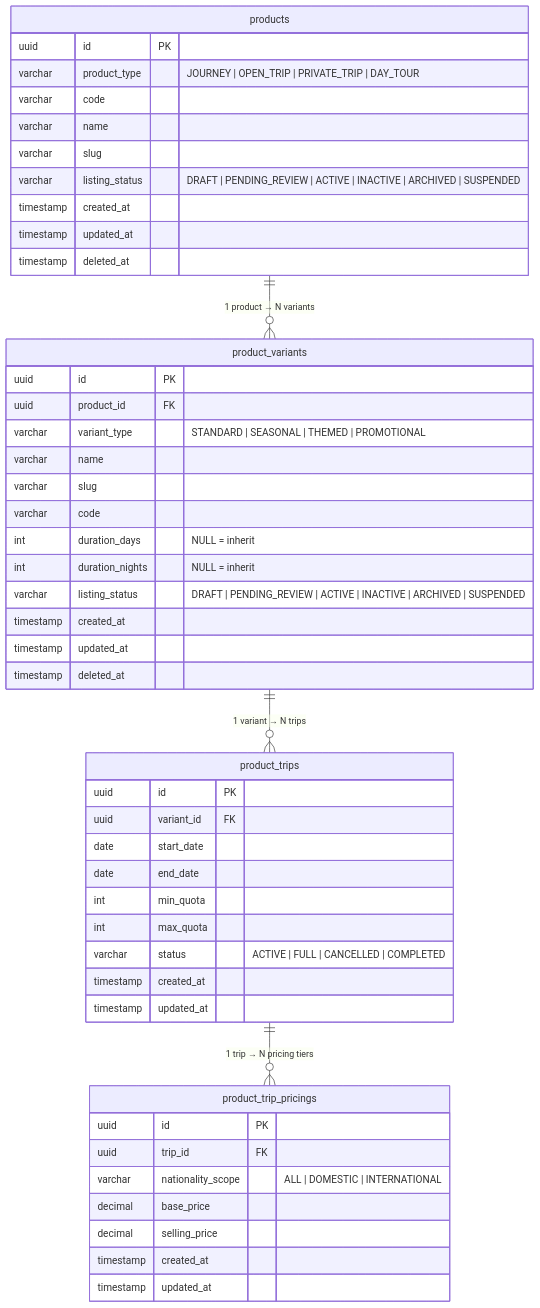
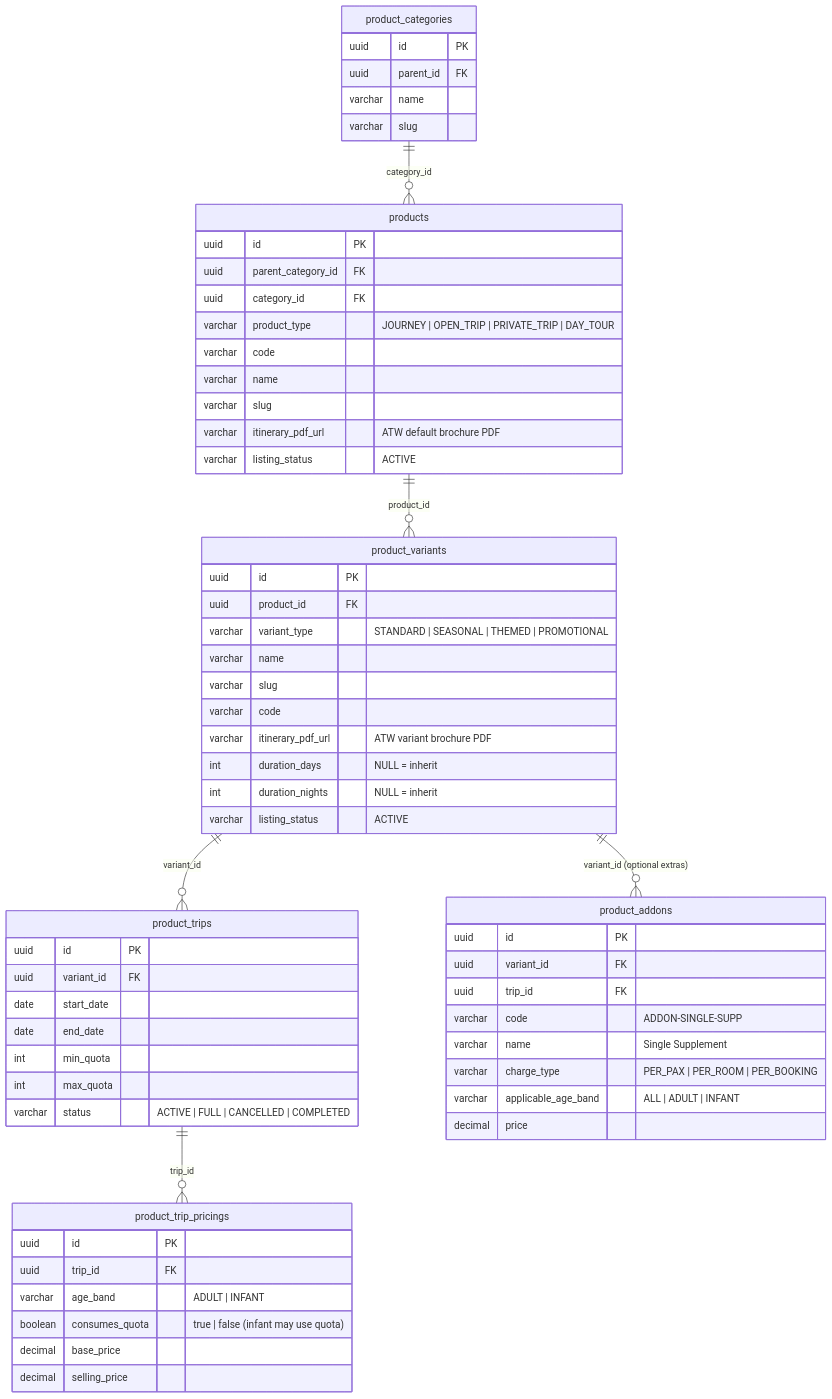
One commit to Haris-saifudin/hobiholidays-documentations changed the first of 3 diagrams in technical/product-hierarchy-technical-design.md. Above: the diagram before and after it, drawn with Mermaid. The commit also changed other lines of this file and 7 other files, not shown here.

First line of the commit message:
docs(product): introduce 2-tier categories, variant itinerary fallback, itemized pricing, and badges

````diff
--- a/technical/product-hierarchy-technical-design.md
+++ b/technical/product-hierarchy-technical-design.md
@@ -156,55 +163,70 @@
 ```mermaid
 erDiagram
+    product_categories ||--o{ products : "category_id"
+    products          ||--o{ product_variants    : "product_id"
+    product_variants  ||--o{ product_trips       : "variant_id"
+    product_trips     ||--o{ product_trip_pricings: "trip_id"
+    product_variants  ||--o{ product_addons      : "variant_id (optional extras)"
+
+    product_categories {
+        uuid      id        PK
+        uuid      parent_id FK
+        varchar   name
+        varchar   slug
+    }
+
     products {
-        uuid      id              PK
-        varchar   product_type    "JOURNEY | OPEN_TRIP | PRIVATE_TRIP | DAY_TOUR"
+        uuid      id                 PK
+        uuid      parent_category_id FK
+        uuid      category_id        FK
+        varchar   product_type       "JOURNEY | OPEN_TRIP | PRIVATE_TRIP | DAY_TOUR"
         varchar   code
         varchar   name
         varchar   slug
-        varchar   listing_status  "DRAFT | PENDING_REVIEW | ACTIVE | INACTIVE | ARCHIVED | SUSPENDED"
-        timestamp created_at
-        timestamp updated_at
-        timestamp deleted_at
+        varchar   itinerary_pdf_url  "ATW default brochure PDF"
+        varchar   listing_status     "ACTIVE"
     }
 
     product_variants {
-        uuid      id              PK
-        uuid      product_id      FK
-        varchar   variant_type    "STANDARD | SEASONAL | THEMED | PROMOTIONAL"
+        uuid      id                 PK
+        uuid      product_id         FK
+        varchar   variant_type       "STANDARD | SEASONAL | THEMED | PROMOTIONAL"
         varchar   name
         varchar   slug
         varchar   code
-        int       duration_days   "NULL = inherit"
-        int       duration_nights "NULL = inherit"
-        varchar   listing_status  "DRAFT | PENDING_REVIEW | ACTIVE | INACTIVE | ARCHIVED | SUSPENDED"
-        timestamp created_at
-        timestamp updated_at
-        timestamp deleted_at
+        varchar   itinerary_pdf_url  "ATW variant brochure PDF"
+        int       duration_days      "NULL = inherit"
+        int       duration_nights    "NULL = inherit"
+        varchar   listing_status     "ACTIVE"
     }
 
     product_trips {
         uuid      id              PK
         uuid      variant_id      FK
         date      start_date
         date      end_date
         int       min_quota
         int       max_quota
         varchar   status          "ACTIVE | FULL | CANCELLED | COMPLETED"
-        timestamp created_at
-        timestamp updated_at
     }
 
     product_trip_pricings {
-        uuid       id                   PK
-        uuid       trip_id              FK
-        varchar    nationality_scope    "ALL | DOMESTIC | INTERNATIONAL"
+        uuid       id             PK
+        uuid       trip_id        FK
+        varchar    age_band       "ADULT | INFANT"
+        boolean    consumes_quota "true | false (infant may use quota)"
         decimal    base_price
         decimal    selling_price
-        timestamp  created_at
-        timestamp  updated_at
     }
 
-    products         ||--o{ product_variants     : "1 product → N variants"
-    product_variants ||--o{ product_trips        : "1 variant → N trips"
-    product_trips    ||--o{ product_trip_pricings: "1 trip → N pricing tiers"
+    product_addons {
+        uuid       id                  PK
+        uuid       variant_id          FK
+        uuid       trip_id             FK
+        varchar    code                "ADDON-SINGLE-SUPP"
+        varchar    name                "Single Supplement"
+        varchar    charge_type         "PER_PAX | PER_ROOM | PER_BOOKING"
+        varchar    applicable_age_band "ALL | ADULT | INFANT"
+        decimal    price
+    }
 ```
````
